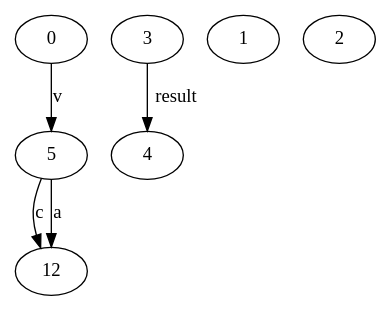
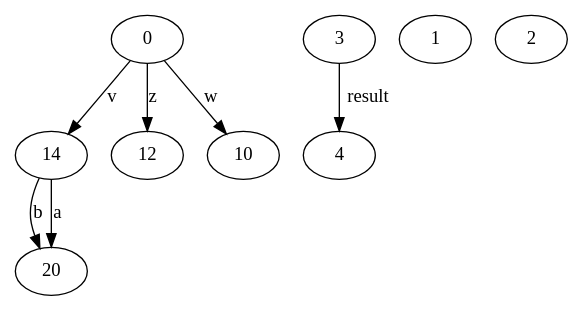
One commit to varivera/aliasing-java changed the diagram in AliasingImpl/source/test.dot. Above: the diagram before and after it, drawn with Graphviz. The commit also changed 1 other file, not shown here.

```diff
--- a/AliasingImpl/source/test.dot
+++ b/AliasingImpl/source/test.dot
@@ -1,13 +1,17 @@
 digraph G {
-n5->n12 [label="c"]
-n5->n12 [label="a"]
-n0->n5 [label="v"]
+n14->n20 [label="b"]
+n14->n20 [label="a"]
+n0->n12 [label="z"]
+n0->n10 [label="w"]
+n0->n14 [label="v"]
+n14[label="14"]
 n0[label="0"]
-n5[label="5"]
+n10[label="10"]
+n20[label="20"]
 n12[label="12"]
 n3->n4 [label="result"]
 n3[label="3"]
 n4[label="4"]
 n1[label="1"]
 n2[label="2"]
 }
```
